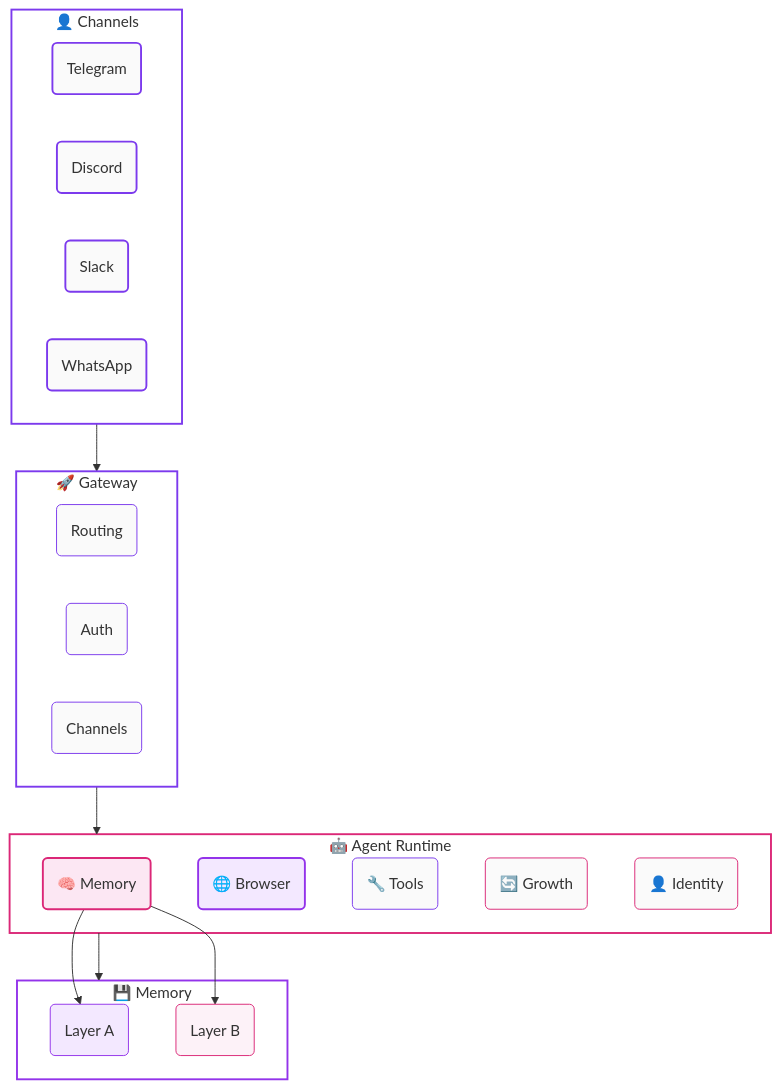
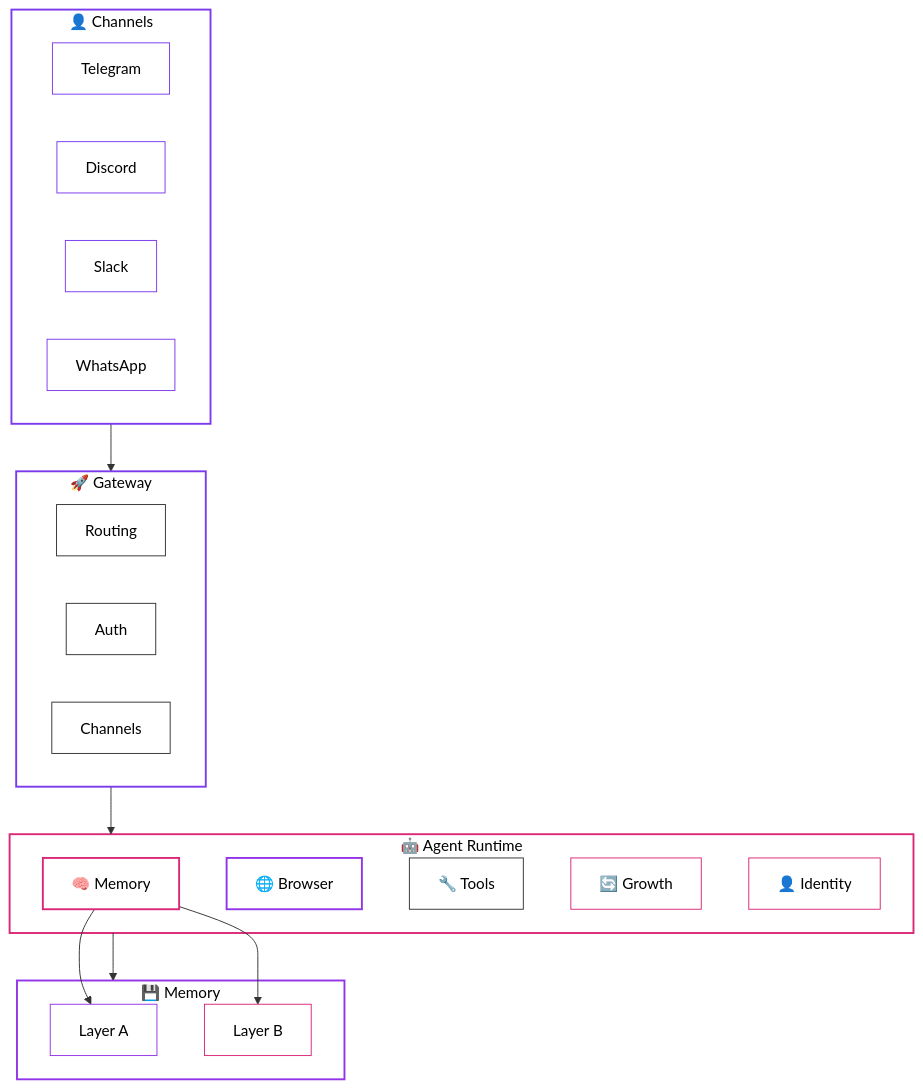
The fifth of 5 diagrams in README.md (mangiapanejohn-dev/Resonix-AG), drawn with Mermaid before and after one commit. The commit also changed other lines of this file, not shown here.

First line of the commit message:
docs: fix diagram text - black text on white background

````diff
--- a/README.md
+++ b/README.md
@@ -135,53 +135,53 @@
 ```mermaid
 flowchart TB
     subgraph Users[👤 Channels]
-        T(Telegram)
-        D(Discord)
-        S(Slack)
-        W(WhatsApp)
+        T[Telegram]
+        D[Discord]
+        S[Slack]
+        W[WhatsApp]
     end
 
     subgraph Gateway[🚀 Gateway]
-        R(Routing)
-        A(Auth)
-        C(Channels)
+        R[Routing]
+        A[Auth]
+        C[Channels]
     end
 
     subgraph Agent[🤖 Agent Runtime]
-        M(🧠 Memory)
-        B(🌐 Browser)
-        T2(🔧 Tools)
-        G(🔄 Growth)
-        I(👤 Identity)
+        M[🧠 Memory]
+        B[🌐 Browser]
+        T2[🔧 Tools]
+        G[🔄 Growth]
+        I[👤 Identity]
     end
 
     subgraph Memory[💾 Memory]
-        MA(Layer A)
-        MB(Layer B)
+        MA[Layer A]
+        MB[Layer B]
     end
 
     Users --> Gateway
     Gateway --> Agent
     Agent --> Memory
     M --> MA
     M --> MB
 
-    style Users fill:none,stroke:#7c3aed,stroke-width:2
-    style Gateway fill:none,stroke:#7c3aed,stroke-width:2
-    style Agent fill:none,stroke:#db2777,stroke-width:2
-    style Memory fill:none,stroke:#9333ea,stroke-width:2
-    style T fill:#fafafa,stroke:#7c3aed,stroke-width:2
-    style D fill:#fafafa,stroke:#7c3aed,stroke-width:2
-    style S fill:#fafafa,stroke:#7c3aed,stroke-width:2
-    style W fill:#fafafa,stroke:#7c3aed,stroke-width:2
-    style R fill:#fafafa,stroke:#7c3aed
-    style A fill:#fafafa,stroke:#7c3aed
-    style C fill:#fafafa,stroke:#7c3aed
-    style M fill:#fce7f3,stroke:#db2777,stroke-width:2
-    style B fill:#f3e8ff,stroke:#9333ea,stroke-width:2
-    style T2 fill:#fafafa,stroke:#7c3aed
-    style G fill:#fafafa,stroke:#db2777
-    style I fill:#fafafa,stroke:#db2777
-    style MA fill:#f3e8ff,stroke:#9333ea
-    style MB fill:#fdf2f8,stroke:#db2777
+    style Users fill:#fff,stroke:#7c3aed,stroke-width:2,color:#000
+    style Gateway fill:#fff,stroke:#7c3aed,stroke-width:2,color:#000
+    style Agent fill:#fff,stroke:#db2777,stroke-width:2,color:#000
+    style Memory fill:#fff,stroke:#9333ea,stroke-width:2,color:#000
+    style T fill:#fff,stroke:#7c3aed,stroke-width:1,color:#000
+    style D fill:#fff,stroke:#7c3aed,stroke-width:1,color:#000
+    style S fill:#fff,stroke:#7c3aed,stroke-width:1,color:#000
+    style W fill:#fff,stroke:#7c3aed,stroke-width:1,color:#000
+    style R fill:#fff,stroke:#333,stroke-width:1,color:#000
+    style A fill:#fff,stroke:#333,stroke-width:1,color:#000
+    style C fill:#fff,stroke:#333,stroke-width:1,color:#000
+    style M fill:#fff,stroke:#db2777,stroke-width:2,color:#000
+    style B fill:#fff,stroke:#9333ea,stroke-width:2,color:#000
+    style T2 fill:#fff,stroke:#333,stroke-width:1,color:#000
+    style G fill:#fff,stroke:#db2777,stroke-width:1,color:#000
+    style I fill:#fff,stroke:#db2777,stroke-width:1,color:#000
+    style MA fill:#fff,stroke:#9333ea,stroke-width:1,color:#000
+    style MB fill:#fff,stroke:#db2777,stroke-width:1,color:#000
 ```
````
